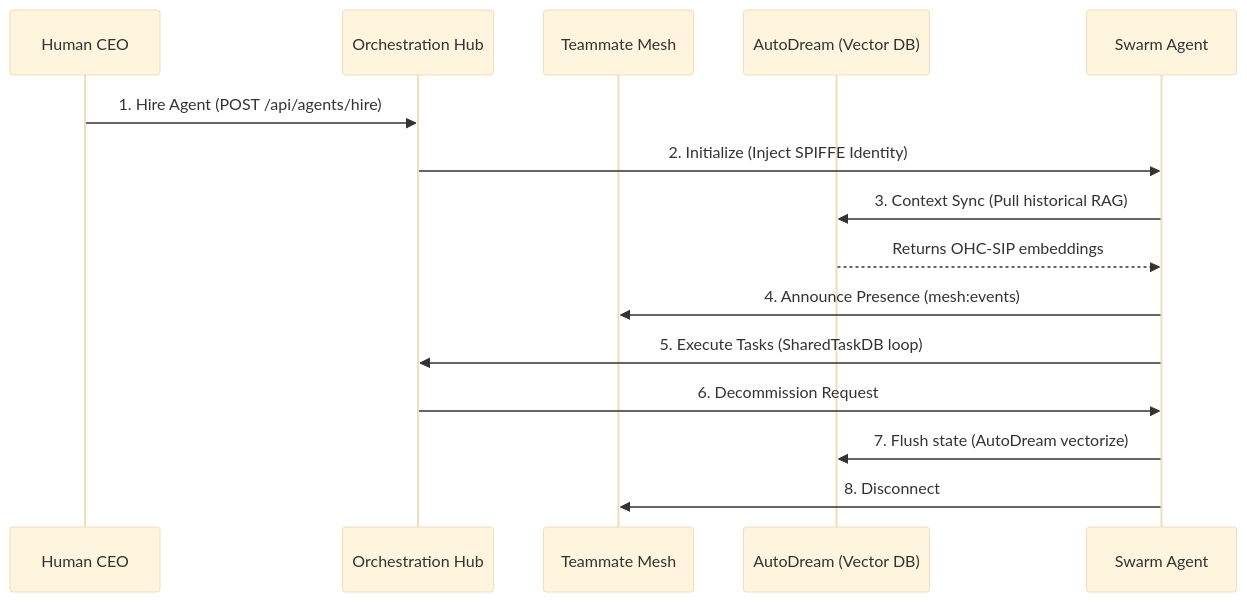
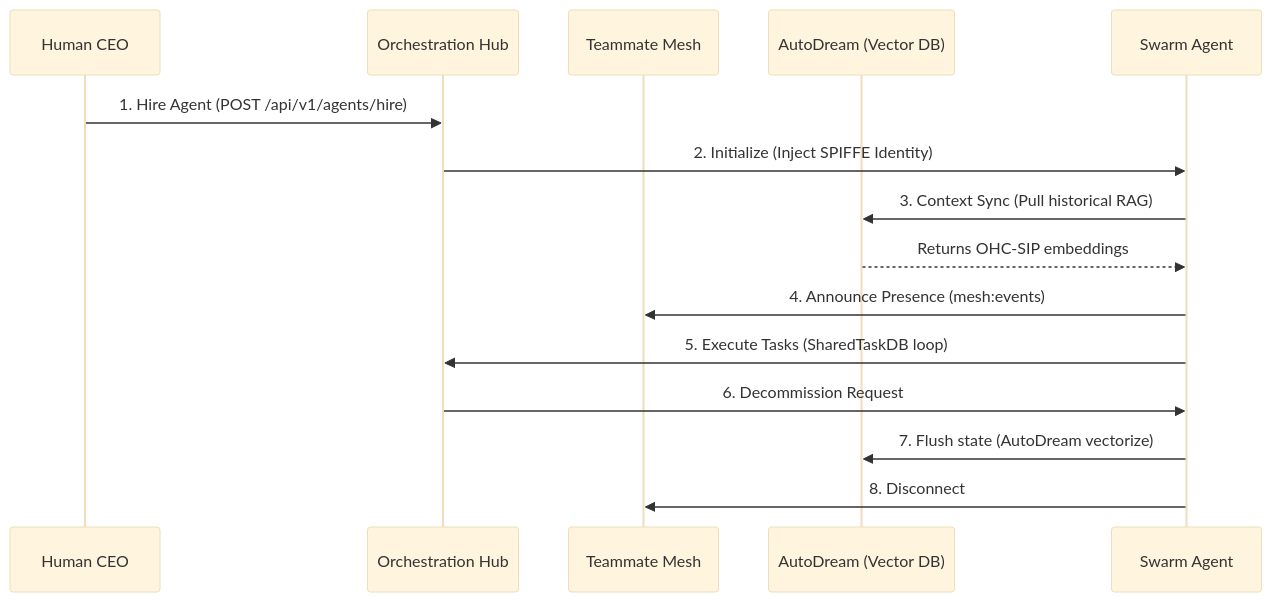
Before and after one commit to omnisolo-llc/onehumancorp: the diagram in docs/technical/walkthroughs/agent_lifecycle.md, drawn with Mermaid (base theme). The commit also changed 584 other files, not shown here.

````diff
--- a/docs/technical/walkthroughs/agent_lifecycle.md
+++ b/docs/technical/walkthroughs/agent_lifecycle.md
@@ -11,18 +11,18 @@
 ```mermaid
 sequenceDiagram
     participant CE as Human CEO
     participant Hub as Orchestration Hub
     participant Mesh as Teammate Mesh
     participant Memory as AutoDream (Vector DB)
     participant Agent as Swarm Agent
 
-    CE->>Hub: 1. Hire Agent (POST /api/agents/hire)
+    CE->>Hub: 1. Hire Agent (POST /api/v1/agents/hire)
     Hub->>Agent: 2. Initialize (Inject SPIFFE Identity)
     Agent->>Memory: 3. Context Sync (Pull historical RAG)
     Memory-->>Agent: Returns OHC-SIP embeddings
     Agent->>Mesh: 4. Announce Presence (mesh:events)
     Agent->>Hub: 5. Execute Tasks (SharedTaskDB loop)
     Hub->>Agent: 6. Decommission Request
     Agent->>Memory: 7. Flush state (AutoDream vectorize)
     Agent->>Mesh: 8. Disconnect
 ```
````
